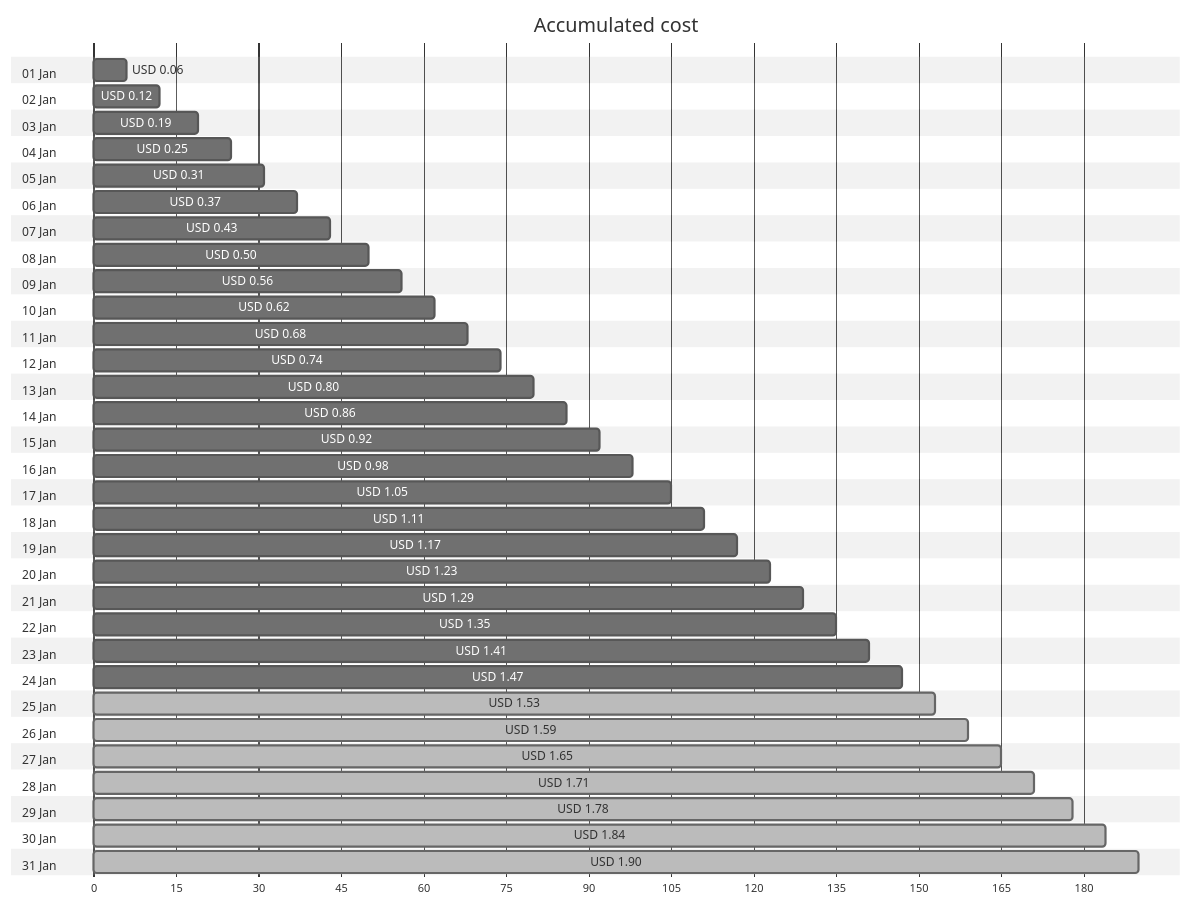
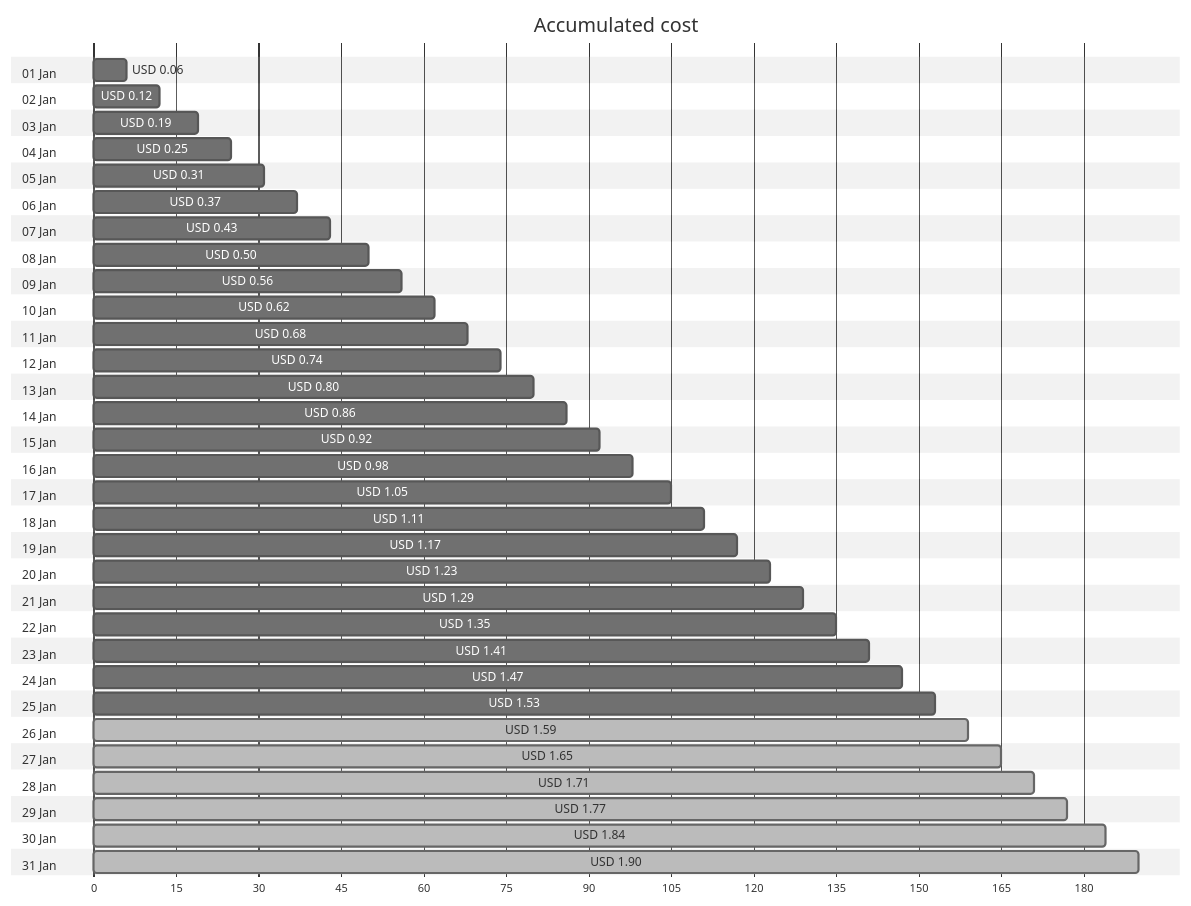
Before and after one commit to jpfulton/azure-personal-reports: the first of 4 diagrams in cost-reports/personal-network/backup-server_OsDisk.md, drawn with Mermaid (neutral theme). The commit also changed other lines of this file and 8 other files, not shown here.

````diff
--- a/cost-reports/personal-network/backup-server_OsDisk.md
+++ b/cost-reports/personal-network/backup-server_OsDisk.md
@@ -20,68 +20,68 @@
 ```mermaid
 gantt
    title Accumulated cost
    dateFormat  X
    axisFormat %s
    section 01 Jan
    USD 0.06 :0, 6
    section 02 Jan
    USD 0.12 :0, 12
    section 03 Jan
    USD 0.19 :0, 19
    section 04 Jan
    USD 0.25 :0, 25
    section 05 Jan
    USD 0.31 :0, 31
    section 06 Jan
    USD 0.37 :0, 37
    section 07 Jan
    USD 0.43 :0, 43
    section 08 Jan
    USD 0.50 :0, 50
    section 09 Jan
    USD 0.56 :0, 56
    section 10 Jan
    USD 0.62 :0, 62
    section 11 Jan
    USD 0.68 :0, 68
    section 12 Jan
    USD 0.74 :0, 74
    section 13 Jan
    USD 0.80 :0, 80
    section 14 Jan
    USD 0.86 :0, 86
    section 15 Jan
    USD 0.92 :0, 92
    section 16 Jan
    USD 0.98 :0, 98
    section 17 Jan
    USD 1.05 :0, 105
    section 18 Jan
    USD 1.11 :0, 111
    section 19 Jan
    USD 1.17 :0, 117
    section 20 Jan
    USD 1.23 :0, 123
    section 21 Jan
    USD 1.29 :0, 129
    section 22 Jan
    USD 1.35 :0, 135
    section 23 Jan
    USD 1.41 :0, 141
    section 24 Jan
    USD 1.47 :0, 147
    section 25 Jan
-   USD 1.53 : done, 0, 153
+   USD 1.53 :0, 153
    section 26 Jan
    USD 1.59 : done, 0, 159
    section 27 Jan
    USD 1.65 : done, 0, 165
    section 28 Jan
    USD 1.71 : done, 0, 171
    section 29 Jan
-   USD 1.78 : done, 0, 178
+   USD 1.77 : done, 0, 177
    section 30 Jan
    USD 1.84 : done, 0, 184
    section 31 Jan
    USD 1.90 : done, 0, 190
 ```
````
